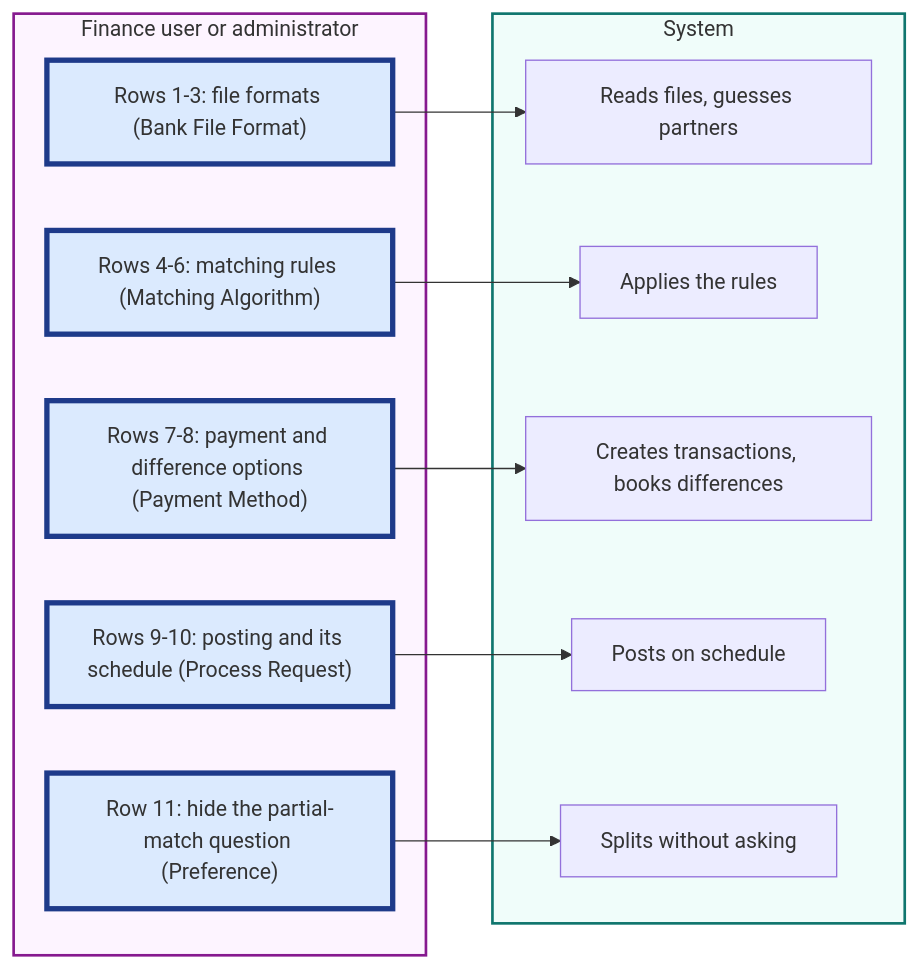
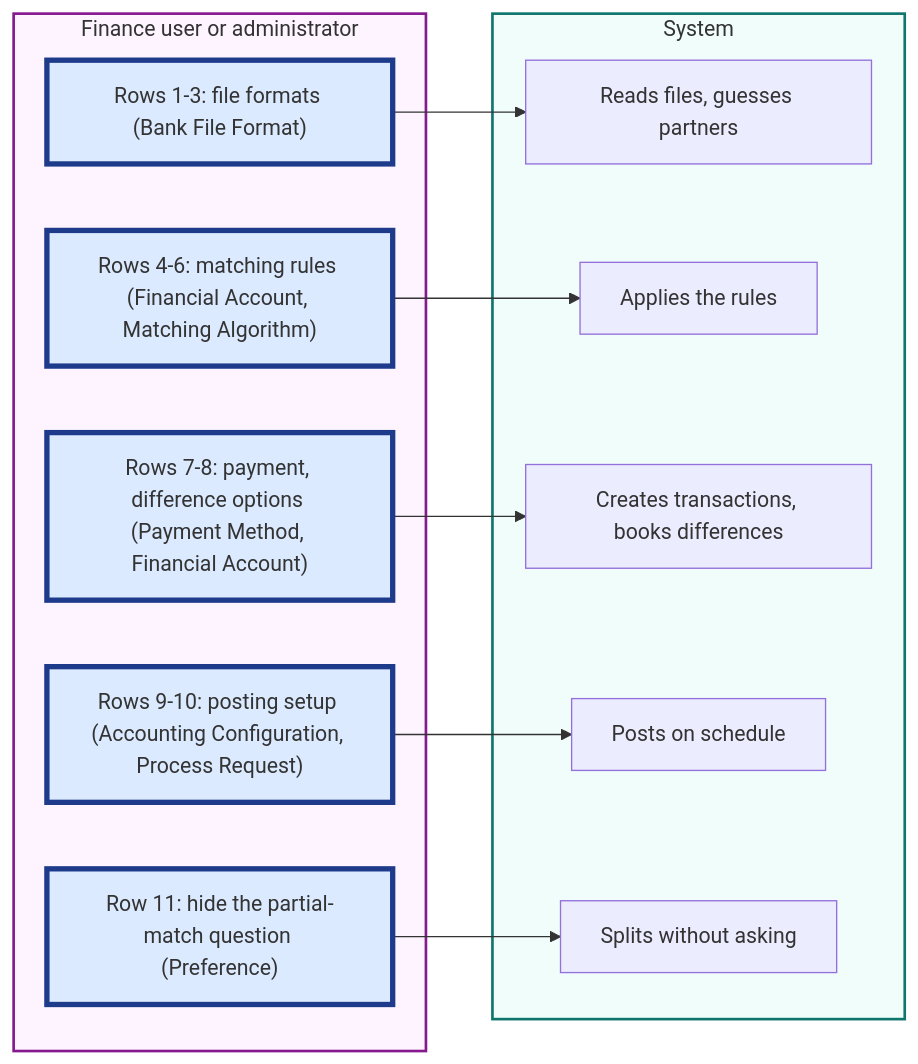
One commit to blitzy-public-samples/openbravo-erp changed the fourth of 9 diagrams in docs/analysis/analysis-1-current-state-reconciliation.md. Above: the diagram before and after it, drawn with Mermaid. The commit also changed other lines of this file, not shown here.

````diff
--- a/docs/analysis/analysis-1-current-state-reconciliation.md
+++ b/docs/analysis/analysis-1-current-state-reconciliation.md
@@ -238,28 +243,28 @@
 ```mermaid
 flowchart LR
   accTitle: Figure 4. Swimlane of Setup Actions
-  accDescr: Setup steps and what each enables.
+  accDescr: Setup and what it enables.
   subgraph People["Finance user or administrator"]
-    M4["Rows 4-6: matching rules (Matching Algorithm)"]
-    M7["Rows 7-8: payment and difference options (Payment Method)"]
+    M4["Rows 4-6: matching rules (Financial Account, Matching Algorithm)"]
+    M7["Rows 7-8: payment, difference options (Payment Method, Financial Account)"]
     M1["Rows 1-3: file formats (Bank File Format)"]
-    M9["Rows 9-10: posting and its schedule (Process Request)"]
+    M9["Rows 9-10: posting setup (Accounting Configuration, Process Request)"]
     M11["Row 11: hide the partial-match question (Preference)"]
   end
   subgraph System["System"]
     S1["Reads files, guesses partners"]
     S2["Applies the rules"]
     S3["Creates transactions, books differences"]
     S4["Posts on schedule"]
     S5["Splits without asking"]
   end
   M1-->S1
   M4-->S2
   M7-->S3
   M9-->S4
   M11-->S5
   style People fill:#fdf4ff,stroke:#86198f,stroke-width:2px
   style System fill:#f0fdfa,stroke:#0f766e,stroke-width:2px
   classDef manual fill:#dbeafe,stroke:#1e3a8a,stroke-width:4px
   class M1,M4,M7,M9,M11 manual
 ```
````
